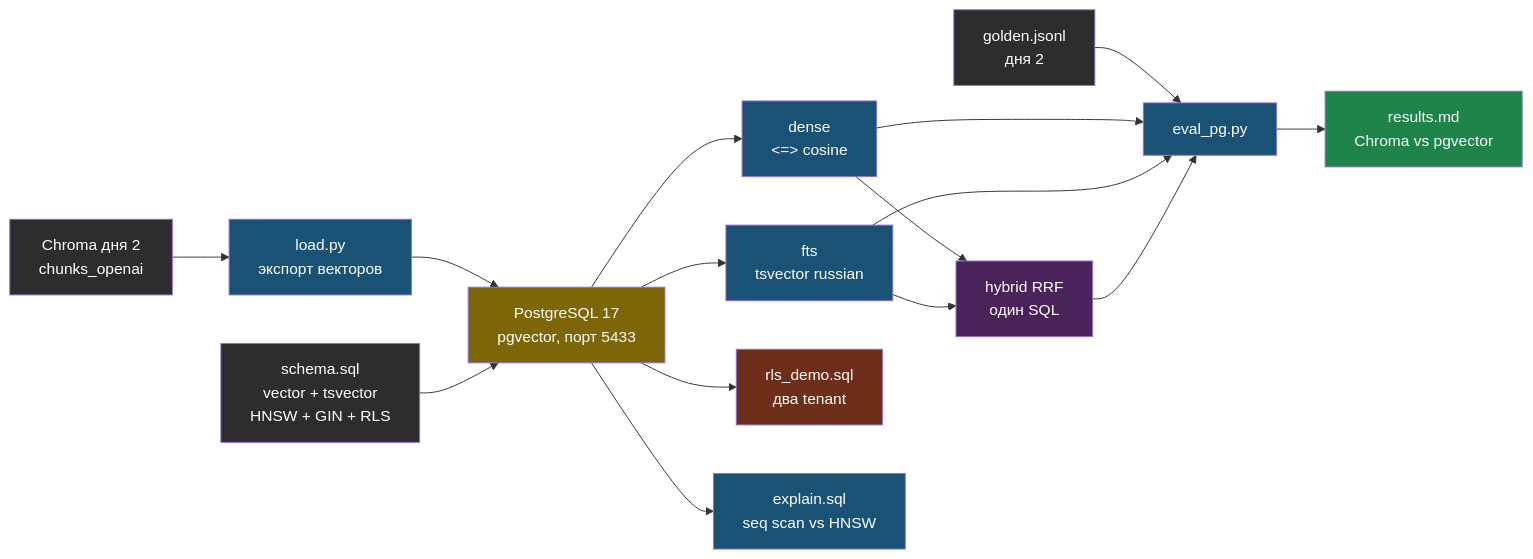
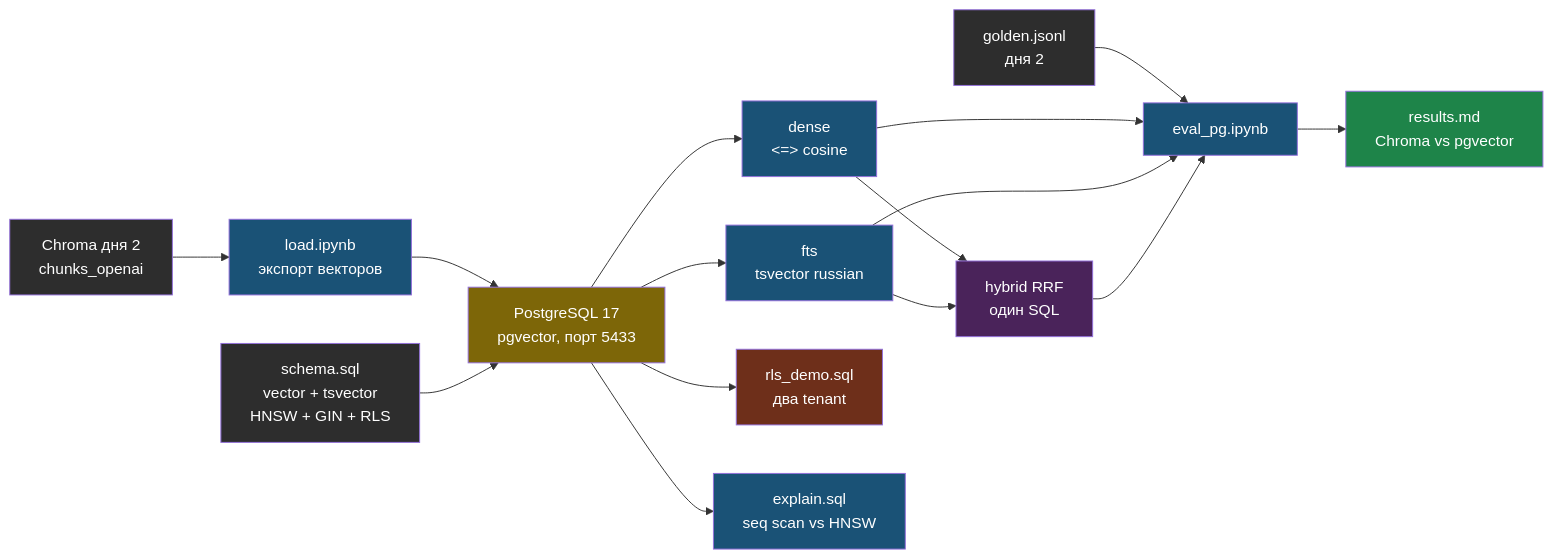
The diagram in docs/books/03-vector-stores-and-ingestion/chapter-02.md (iRoboTron/ai-engineering), drawn with Mermaid before and after one commit. The commit also changed other lines of this file and 49 other files, not shown here.

````diff
--- a/docs/books/03-vector-stores-and-ingestion/chapter-02.md
+++ b/docs/books/03-vector-stores-and-ingestion/chapter-02.md
@@ -9,30 +9,30 @@
 ```mermaid
 flowchart LR
-    CH["Chroma дня 2\nchunks_openai"] --> LD["load.py\nэкспорт векторов"]
+    CH["Chroma дня 2\nchunks_openai"] --> LD["load.ipynb\nэкспорт векторов"]
     LD --> PG["PostgreSQL 17\npgvector, порт 5433"]
     SCH["schema.sql\nvector + tsvector\nHNSW + GIN + RLS"] --> PG
     PG --> D["dense\n<=> cosine"]
     PG --> F["fts\ntsvector russian"]
     D --> H["hybrid RRF\nодин SQL"]
     F --> H
-    G["golden.jsonl\nдня 2"] --> EV["eval_pg.py"]
+    G["golden.jsonl\nдня 2"] --> EV["eval_pg.ipynb"]
     D --> EV
     F --> EV
     H --> EV
     EV --> RES["results.md\nChroma vs pgvector"]
     PG --> RLS["rls_demo.sql\nдва tenant"]
     PG --> EXP["explain.sql\nseq scan vs HNSW"]
 
     style CH fill:#2d2d2d,color:#fff
     style G fill:#2d2d2d,color:#fff
     style SCH fill:#2d2d2d,color:#fff
     style LD fill:#1a5276,color:#fff
     style PG fill:#7d6608,color:#fff
     style D fill:#1a5276,color:#fff
     style F fill:#1a5276,color:#fff
     style H fill:#4a235a,color:#fff
     style EV fill:#1a5276,color:#fff
     style RES fill:#1e8449,color:#fff
     style RLS fill:#6e2f1a,color:#fff
     style EXP fill:#1a5276,color:#fff
 ```
````
